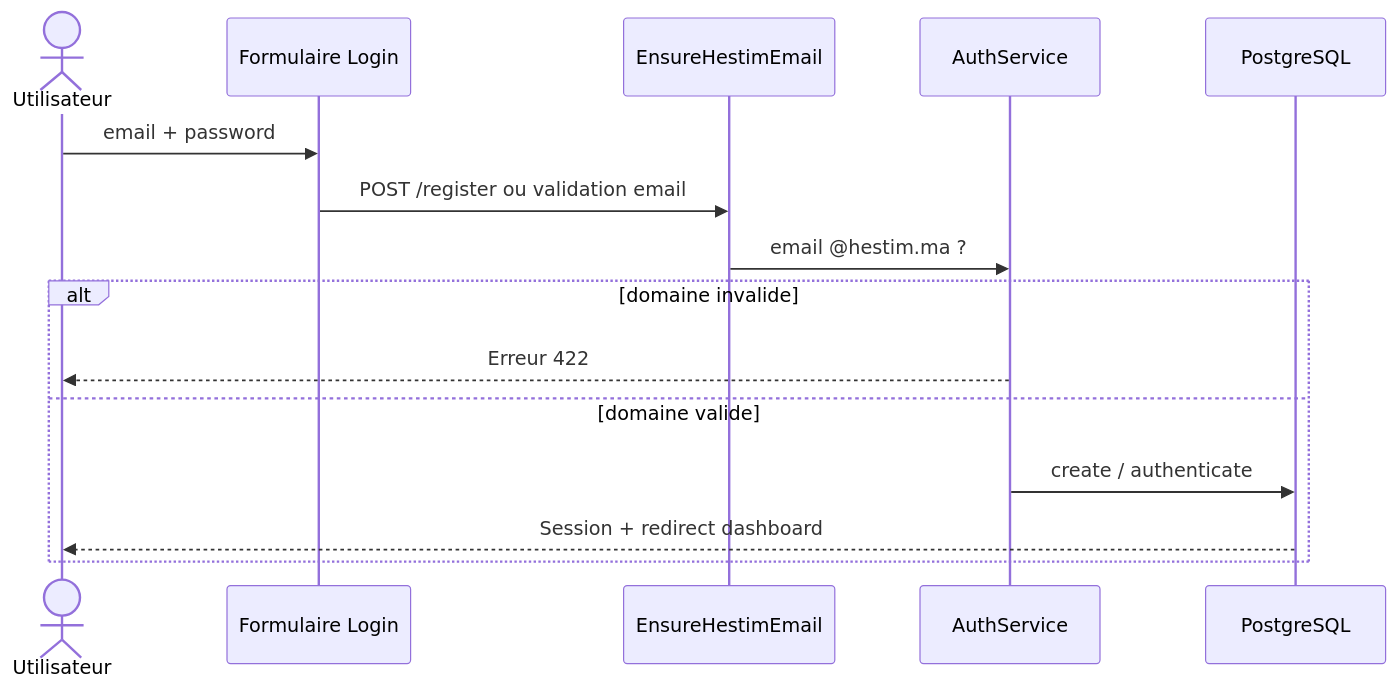
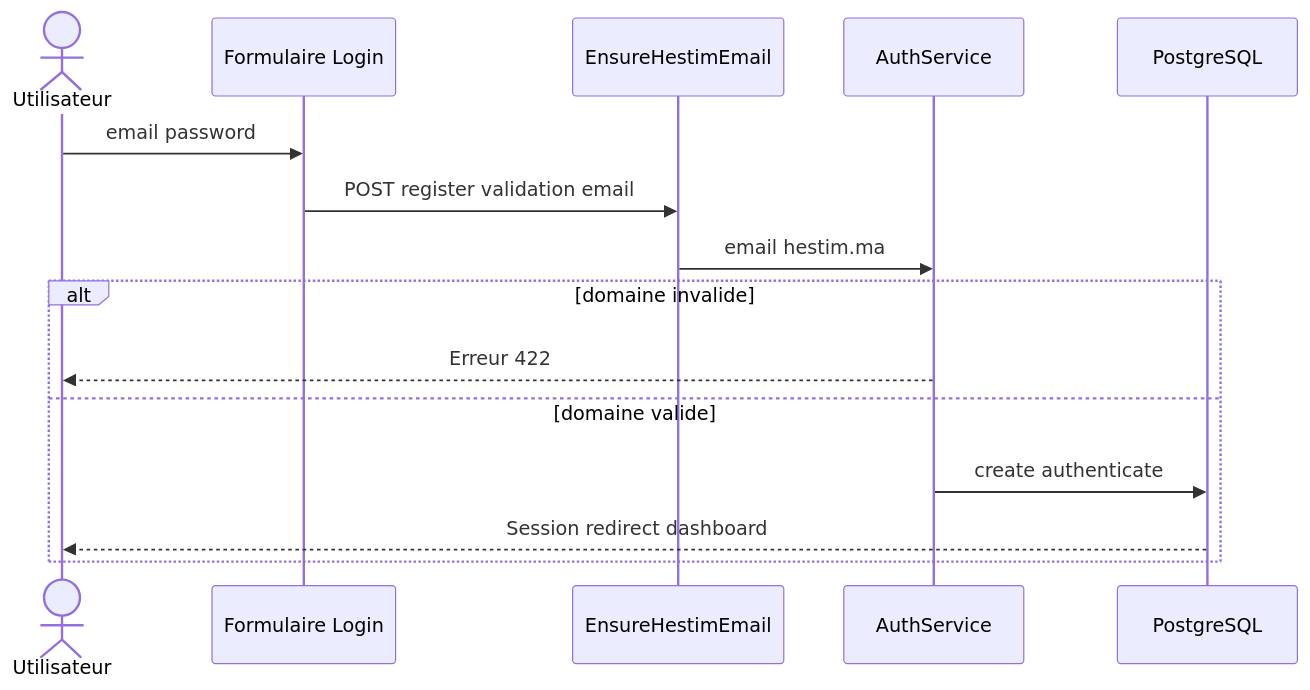
Before and after one commit to Claude20022002/StudyLib: the eighth of 15 diagrams in docs/RAPPORT.md, drawn with Mermaid. The commit also changed other lines of this file, not shown here.

Commit message:
Update RAPPORT.md to enhance compatibility with GitHub by adjusting Mermaid diagram labels, standardizing terminology, and improving clarity in various sections, including functional modules and user flows.

````diff
--- a/docs/RAPPORT.md
+++ b/docs/RAPPORT.md
@@ -554,18 +555,18 @@
 ```mermaid
 sequenceDiagram
     actor U as Utilisateur
     participant F as Formulaire Login
     participant MW as EnsureHestimEmail
     participant AS as AuthService
     participant DB as PostgreSQL
 
-    U->>F: email + password
-    F->>MW: POST /register ou validation email
-    MW->>AS: email @hestim.ma ?
+    U->>F: email password
+    F->>MW: POST register validation email
+    MW->>AS: email hestim.ma
     alt domaine invalide
         AS-->>U: Erreur 422
     else domaine valide
-        AS->>DB: create / authenticate
-        DB-->>U: Session + redirect dashboard
+        AS->>DB: create authenticate
+        DB-->>U: Session redirect dashboard
     end
 ```
````
